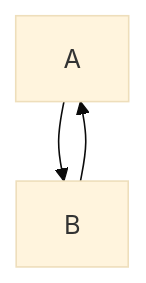
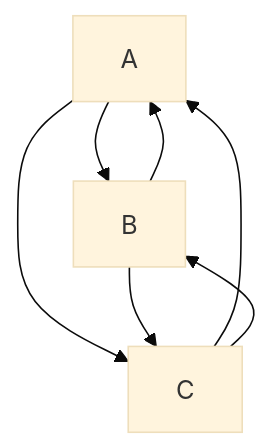
One commit to Sergoot/encashment-service changed the diagram in scripts/README.md. Above: the diagram before and after it, drawn with Mermaid (base theme). The commit also changed other lines of this file, not shown here.

````diff
--- a/scripts/README.md
+++ b/scripts/README.md
@@ -11,5 +10,9 @@
 ```mermaid
 graph TD
 A -->B;
 B -->A;
+A -->C;
+C -->A;
+B -->C;
+C -->B;
 ```
````
